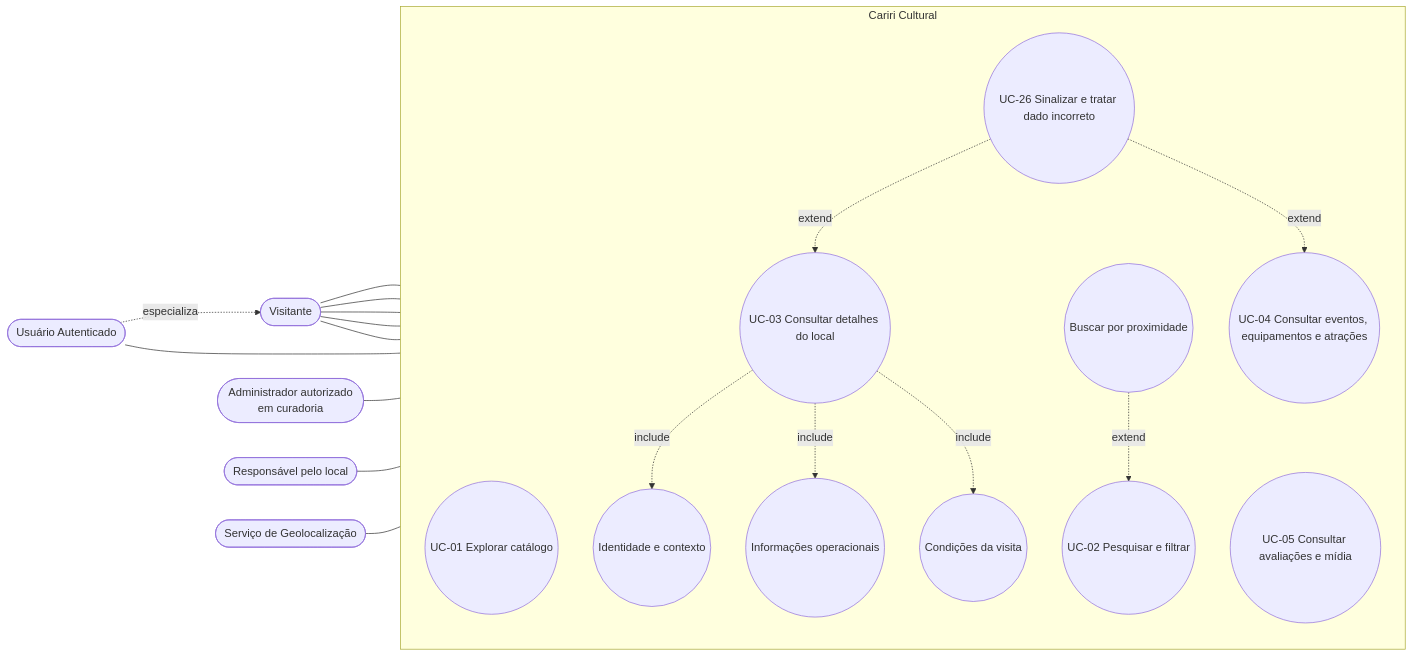
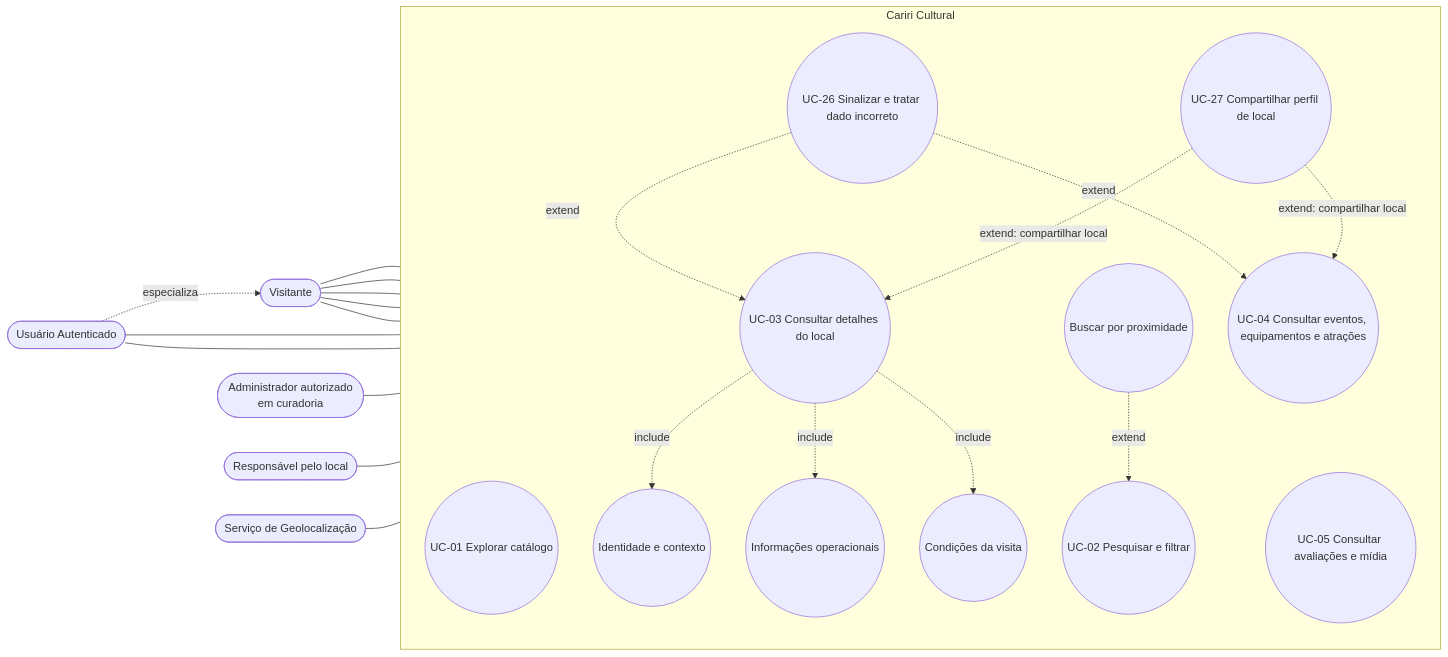
The second of 6 diagrams in home/user-cases/use-cases-diagram.md (alan-mendes-ufca/CaririCultural), drawn with Mermaid before and after one commit. The commit also changed other lines of this file and 5 other files, not shown here.

````diff
--- a/home/user-cases/use-cases-diagram.md
+++ b/home/user-cases/use-cases-diagram.md
@@ -66,46 +66,50 @@
 ```mermaid
 flowchart LR
     %% Atores
     V([Visitante])
     U([Usuário Autenticado])
     ADM([Administrador autorizado<br/>em curadoria])
     RESP([Responsável pelo local])
     GEO([Serviço de Geolocalização])
 
     %% Fronteira
     subgraph CC [Cariri Cultural]
         direction TB
         UC01((UC-01 Explorar catálogo))
         UC02((UC-02 Pesquisar e filtrar))
         UC03((UC-03 Consultar detalhes do local))
         UC04((UC-04 Consultar eventos, equipamentos e atrações))
         UC05((UC-05 Consultar avaliações e mídia))
         UC26((UC-26 Sinalizar e tratar dado incorreto))
+        UC27((UC-27 Compartilhar perfil de local))
 
         %% Includes do UC-03
         UC03A((Identidade e contexto))
         UC03B((Informações operacionais))
         UC03C((Condições da visita))
 
         %% Extends
         PROX((Buscar por proximidade))
     end
 
     %% Relações Ator -> Caso de Uso
     V --- UC01 & UC02 & UC03 & UC04 & UC05
-    U --- UC26
+    U --- UC26 & UC27
     ADM --- UC26
     RESP --- UC26
     U -.->|especializa| V
 
     %% Relações Include / Extend
     UC03 -.->|include| UC03A
     UC03 -.->|include| UC03B
     UC03 -.->|include| UC03C
 
     PROX -.->|extend| UC02
     GEO --- PROX
 
     UC26 -.->|extend| UC03
     UC26 -.->|extend| UC04
+
+    UC27 -.->|extend: compartilhar local| UC03
+    UC27 -.->|extend: compartilhar local| UC04
 ```
````
